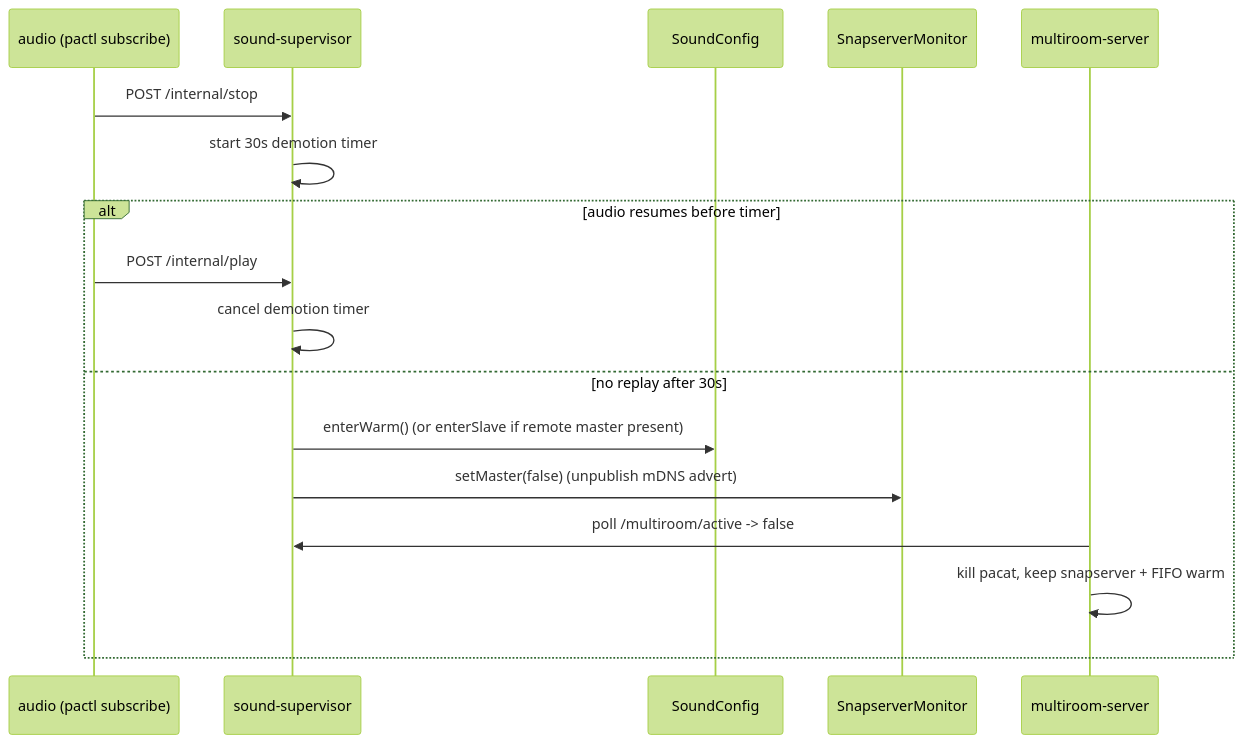
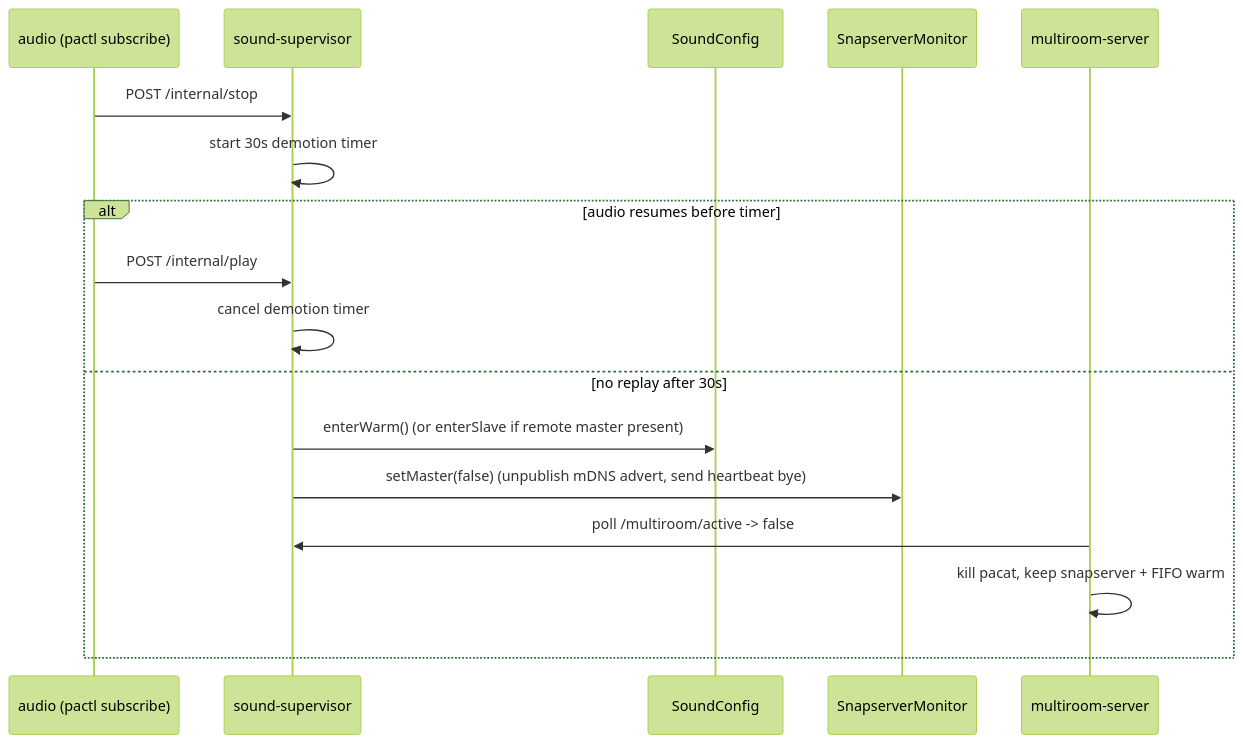
One commit to JaragonCR/iotsound changed the sixth of 7 diagrams in docs/architecture/runtime-states.md. Above: the diagram before and after it, drawn with Mermaid (forest theme). The commit also changed other lines of this file and 21 other files, not shown here.

````diff
--- a/docs/architecture/runtime-states.md
+++ b/docs/architecture/runtime-states.md
@@ -105,20 +106,20 @@
 ```mermaid
 sequenceDiagram
   participant Audio as audio (pactl subscribe)
   participant API as sound-supervisor
   participant Config as SoundConfig
   participant Monitor as SnapserverMonitor
   participant Server as multiroom-server
 
   Audio->>API: POST /internal/stop
   API->>API: start 30s demotion timer
   alt audio resumes before timer
     Audio->>API: POST /internal/play
     API->>API: cancel demotion timer
   else no replay after 30s
     API->>Config: enterWarm() (or enterSlave if remote master present)
-    API->>Monitor: setMaster(false) (unpublish mDNS advert)
+    API->>Monitor: setMaster(false) (unpublish mDNS advert, send heartbeat bye)
     Server->>API: poll /multiroom/active -> false
     Server->>Server: kill pacat, keep snapserver + FIFO warm
   end
 ```
````
